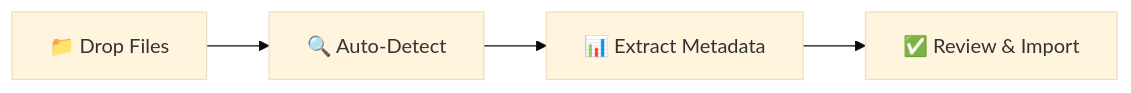
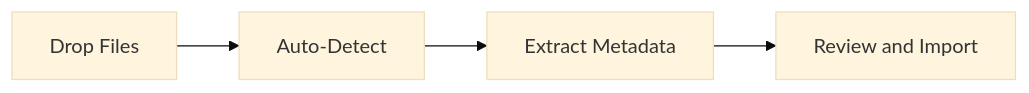
One commit to dinosmm/booklore changed the diagram in README.md. Above: the diagram before and after it, drawn with Mermaid (base theme). The commit also changed other lines of this file and 1 other file, not shown here.

````diff
--- a/README.md
+++ b/README.md
@@ -203,6 +173,6 @@
 ```mermaid
 graph LR
-    A[📁 Drop Files] --> B[🔍 Auto-Detect]
-    B --> C[📊 Extract Metadata]
-    C --> D[✅ Review & Import]
+    A[Drop Files] --> B[Auto-Detect]
+    B --> C[Extract Metadata]
+    C --> D[Review and Import]
 ```
````
